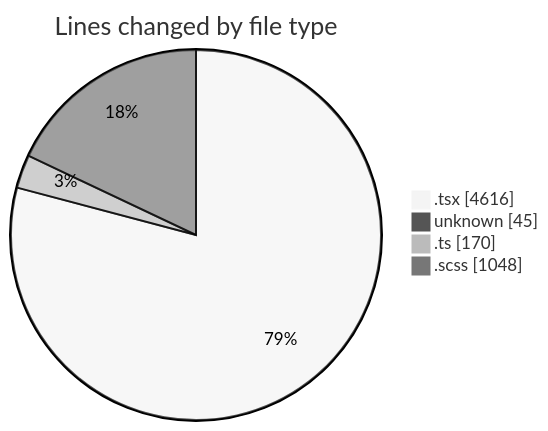
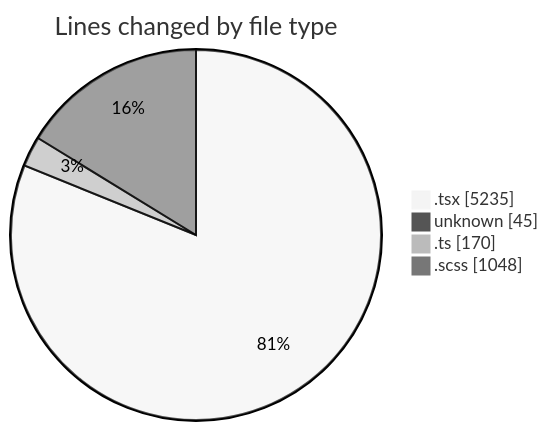
One commit to momahboobian/code-tracking changed the first of 2 diagrams in 2025-09-01/cda/README.md. Above: the diagram before and after it, drawn with Mermaid (neutral theme). The commit also changed other lines of this file and 1 other file, not shown here.

````diff
--- a/2025-09-01/cda/README.md
+++ b/2025-09-01/cda/README.md
@@ -30,8 +31,8 @@
 ```mermaid
 pie showData
 title Lines changed by file type
-".tsx" : 4616
+".tsx" : 5235
 "unknown" : 45
 ".ts" : 170
 ".scss" : 1048
 ```
````
